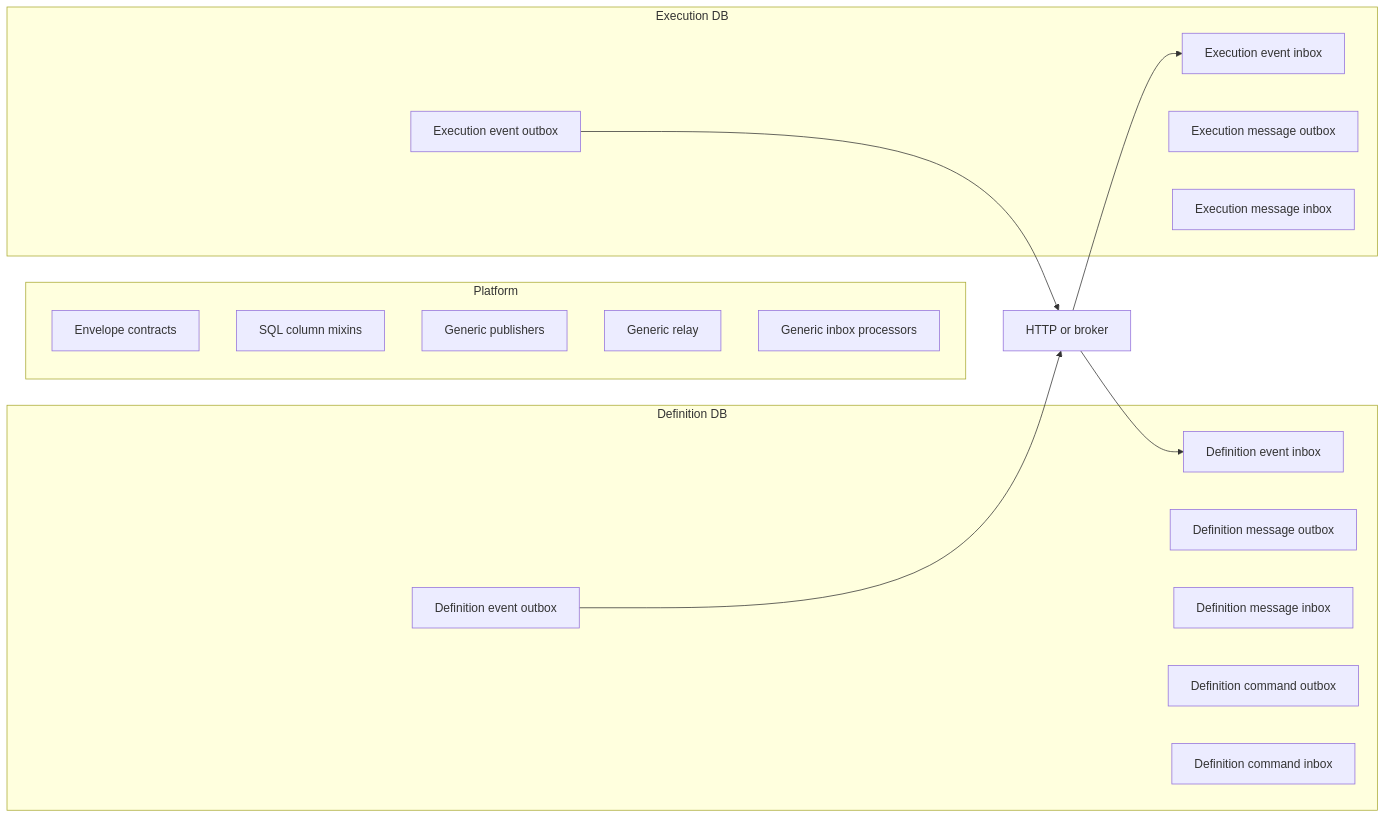
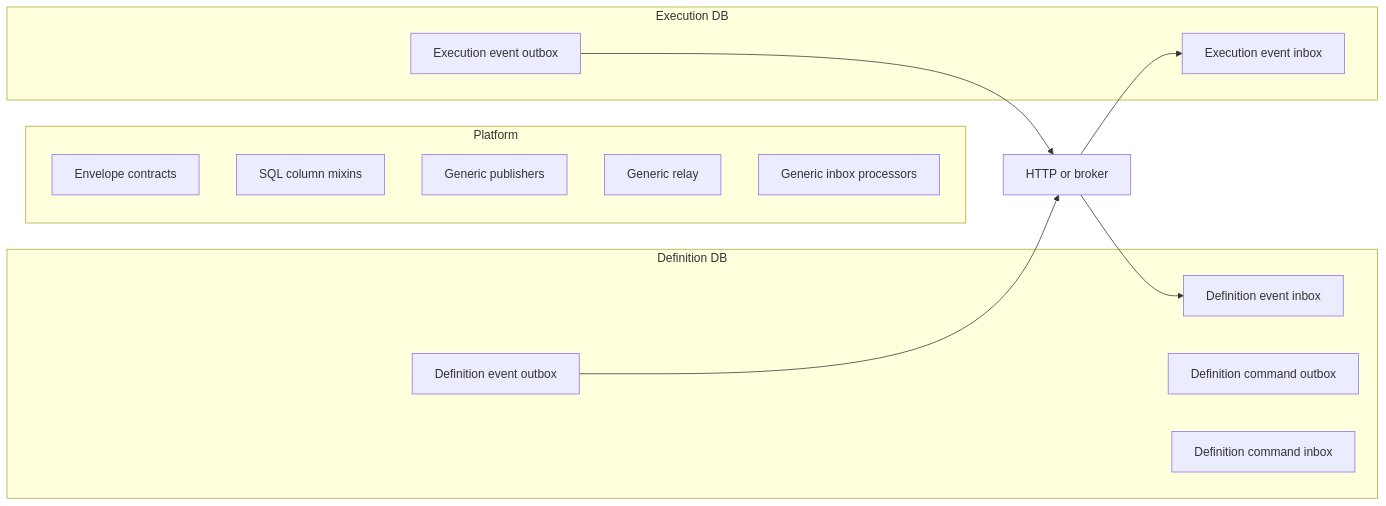
Before and after one commit to WiejskiLopez/SHELL: the diagram in docs/inbox-outbox-architecture.md, drawn with Mermaid. The commit also changed other lines of this file and 306 other files, not shown here.

````diff
--- a/docs/inbox-outbox-architecture.md
+++ b/docs/inbox-outbox-architecture.md
@@ -70,31 +67,27 @@
 ```mermaid
 flowchart LR
     subgraph Platform
         C[Envelope contracts]
         X[SQL column mixins]
         P[Generic publishers]
         R[Generic relay]
         I[Generic inbox processors]
     end
 
     subgraph DefinitionDB[Definition DB]
         DO[Definition event outbox]
         DI[Definition event inbox]
-        DM[Definition message outbox]
-        DMI[Definition message inbox]
         DC[Definition command outbox]
         DCI[Definition command inbox]
     end
 
     subgraph ExecutionDB[Execution DB]
         EO[Execution event outbox]
         EI[Execution event inbox]
-        EM[Execution message outbox]
-        EMI[Execution message inbox]
     end
 
     DO --> T[HTTP or broker]
     T --> EI
     EO --> T
     T --> DI
 ```
````
